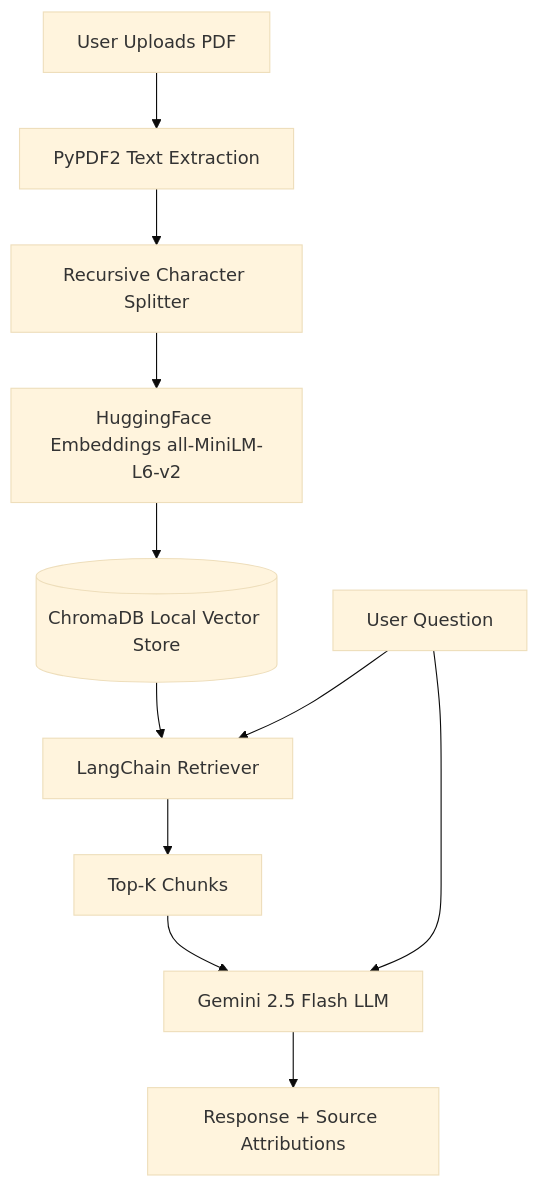
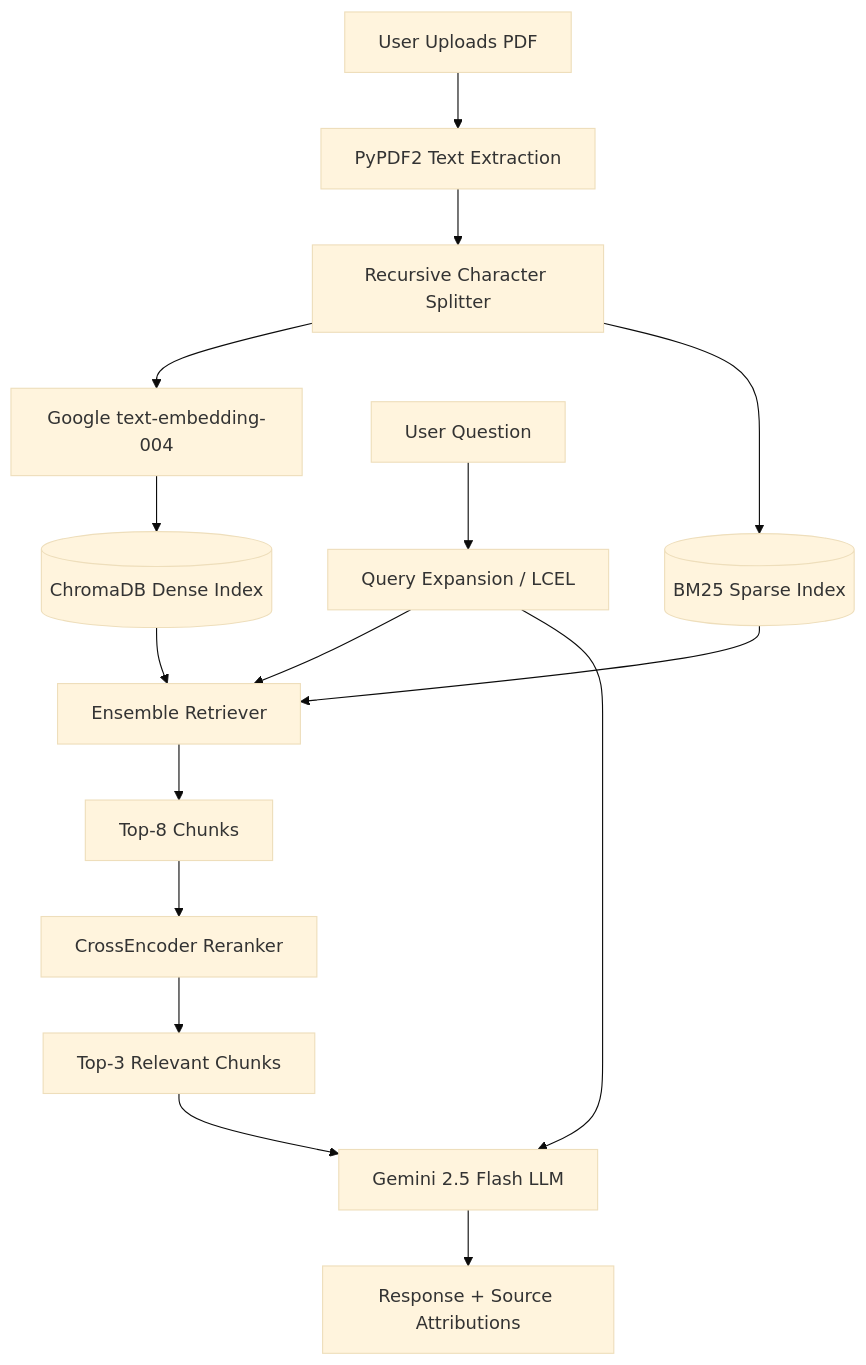
The diagram in README.md (Bhushan-git20/pdf-rag-chatbot), drawn with Mermaid (base theme) before and after one commit. The commit also changed other lines of this file and 3 other files, not shown here.

````diff
--- a/README.md
+++ b/README.md
@@ -60,14 +60,19 @@
 ```mermaid
 graph TD
     A[User Uploads PDF] --> B[PyPDF2 Text Extraction]
     B --> C[Recursive Character Splitter]
-    C --> D[HuggingFace Embeddings all-MiniLM-L6-v2]
-    D --> E[(ChromaDB Local Vector Store)]
+    C --> D[Google text-embedding-004]
+    D --> E[(ChromaDB Dense Index)]
+    C --> BM[(BM25 Sparse Index)]
     
-    F[User Question] --> G[LangChain Retriever]
+    F[User Question] --> QE[Query Expansion / LCEL]
+    QE --> G[Ensemble Retriever]
     E --> G
-    G --> H[Top-K Chunks]
-    H --> I[Gemini 2.5 Flash LLM]
-    F --> I
-    I --> J[Response + Source Attributions]
+    BM --> G
+    G --> H[Top-8 Chunks]
+    H --> CR[CrossEncoder Reranker]
+    CR --> I[Top-3 Relevant Chunks]
+    I --> J[Gemini 2.5 Flash LLM]
+    QE --> J
+    J --> K[Response + Source Attributions]
 ```
````
